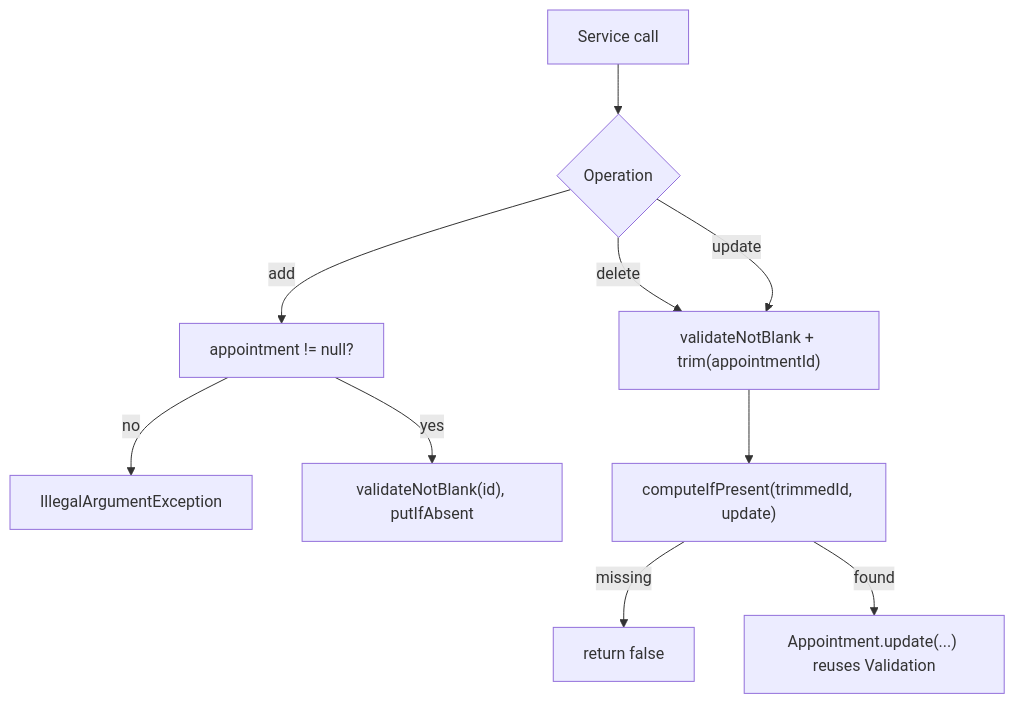
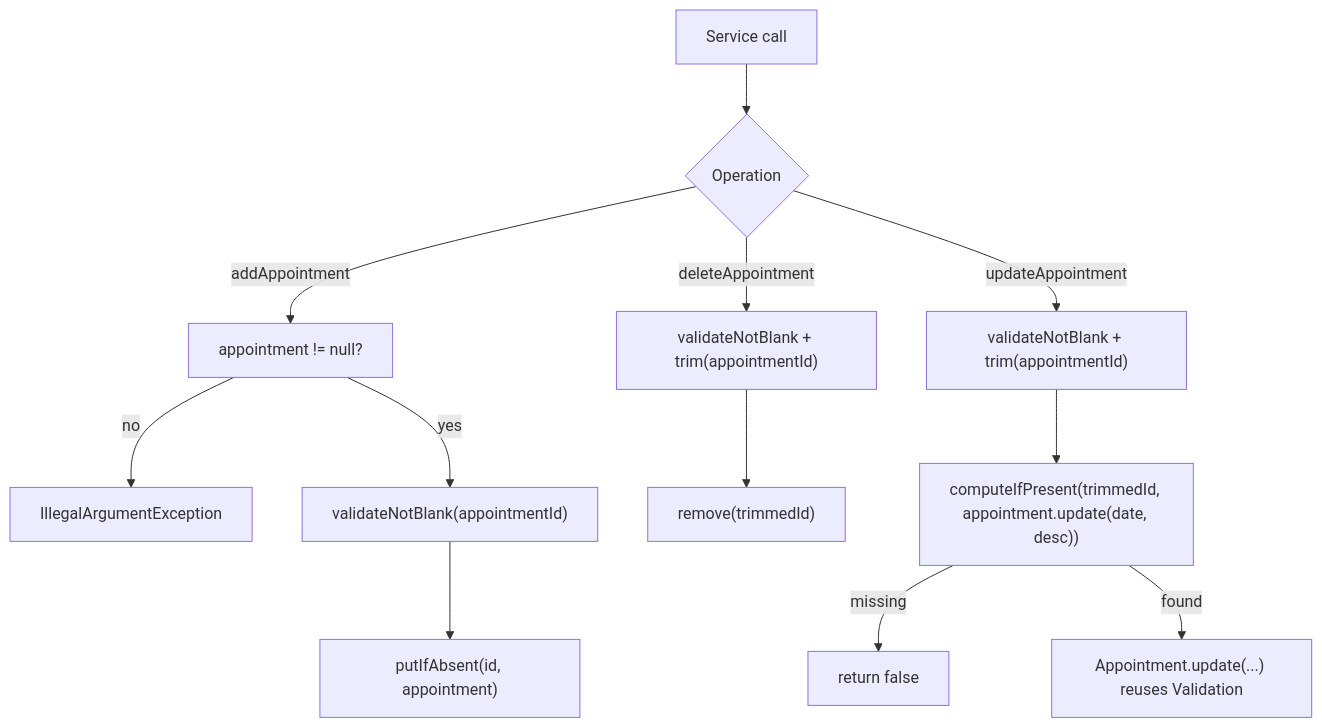
One commit to jguida941/contact-service-junit changed the tenth of 12 diagrams in README.md. Above: the diagram before and after it, drawn with Mermaid. The commit also changed other lines of this file, not shown here.

Commit message:
Clarify appointment mermaid flows

````diff
--- a/README.md
+++ b/README.md
@@ -453,12 +459,16 @@
 ```mermaid
 graph TD
     A[Service call] --> B{Operation}
-    B -->|add| C["appointment != null?"]
+    B -->|addAppointment| C["appointment != null?"]
     C -->|no| X[IllegalArgumentException]
-    C -->|yes| D["validateNotBlank(id), putIfAbsent"]
-    B -->|delete| E["validateNotBlank + trim(appointmentId)"]
-    B -->|update| E
-    E --> F["computeIfPresent(trimmedId, update)"]
-    F -->|missing| G[return false]
-    F -->|found| H["Appointment.update(...) reuses Validation"]
+    C -->|yes| D["validateNotBlank(appointmentId)"]
+    D --> E["putIfAbsent(id, appointment)"]
+
+    B -->|deleteAppointment| F["validateNotBlank + trim(appointmentId)"]
+    F --> G["remove(trimmedId)"]
+
+    B -->|updateAppointment| H["validateNotBlank + trim(appointmentId)"]
+    H --> I["computeIfPresent(trimmedId, appointment.update(date, desc))"]
+    I -->|missing| J[return false]
+    I -->|found| K["Appointment.update(...) reuses Validation"]
 ```
````
